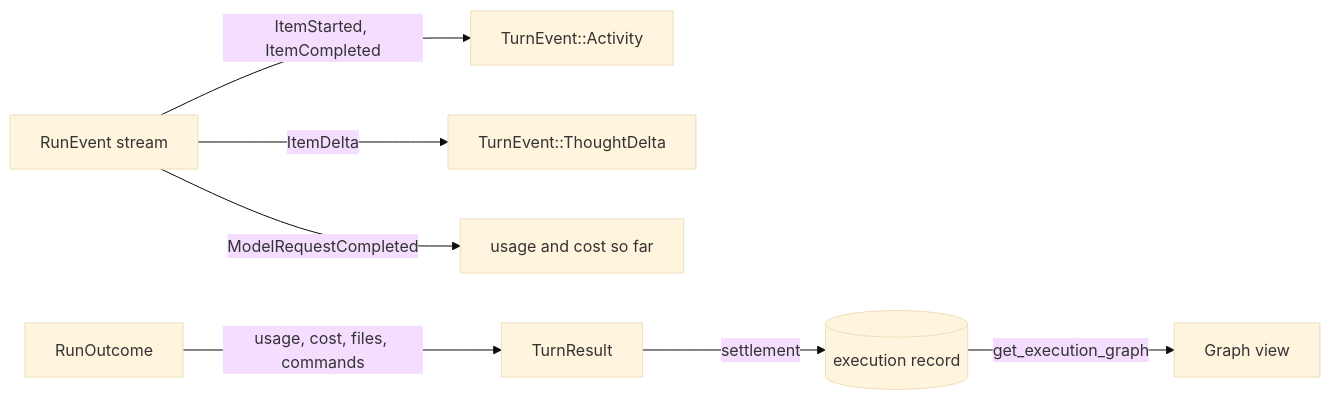
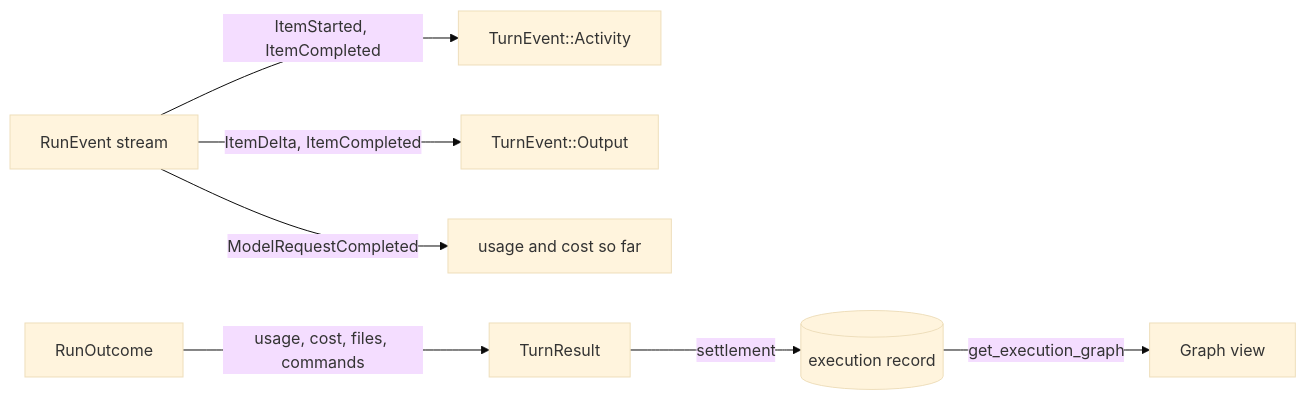
One commit to agentty-xyz/agentty changed the second of 2 diagrams in docs/site/content/docs/architecture/harness-graph-integration.md. Above: the diagram before and after it, drawn with Mermaid (base theme). The commit also changed other lines of this file and 32 other files, not shown here.

````diff
--- a/docs/site/content/docs/architecture/harness-graph-integration.md
+++ b/docs/site/content/docs/architecture/harness-graph-integration.md
@@ -102,9 +102,9 @@
 ```mermaid
 flowchart LR
   E[RunEvent stream] -->|ItemStarted, ItemCompleted| AC[TurnEvent::Activity]
-  E -->|ItemDelta| TD[TurnEvent::ThoughtDelta]
+  E -->|ItemDelta, ItemCompleted| TD[TurnEvent::Output]
   E -->|ModelRequestCompleted| U[usage and cost so far]
   O[RunOutcome] -->|usage, cost, files, commands| TR[TurnResult]
   TR -->|settlement| DB[(execution record)]
   DB -->|get_execution_graph| TUI[Graph view]
 ```
````
